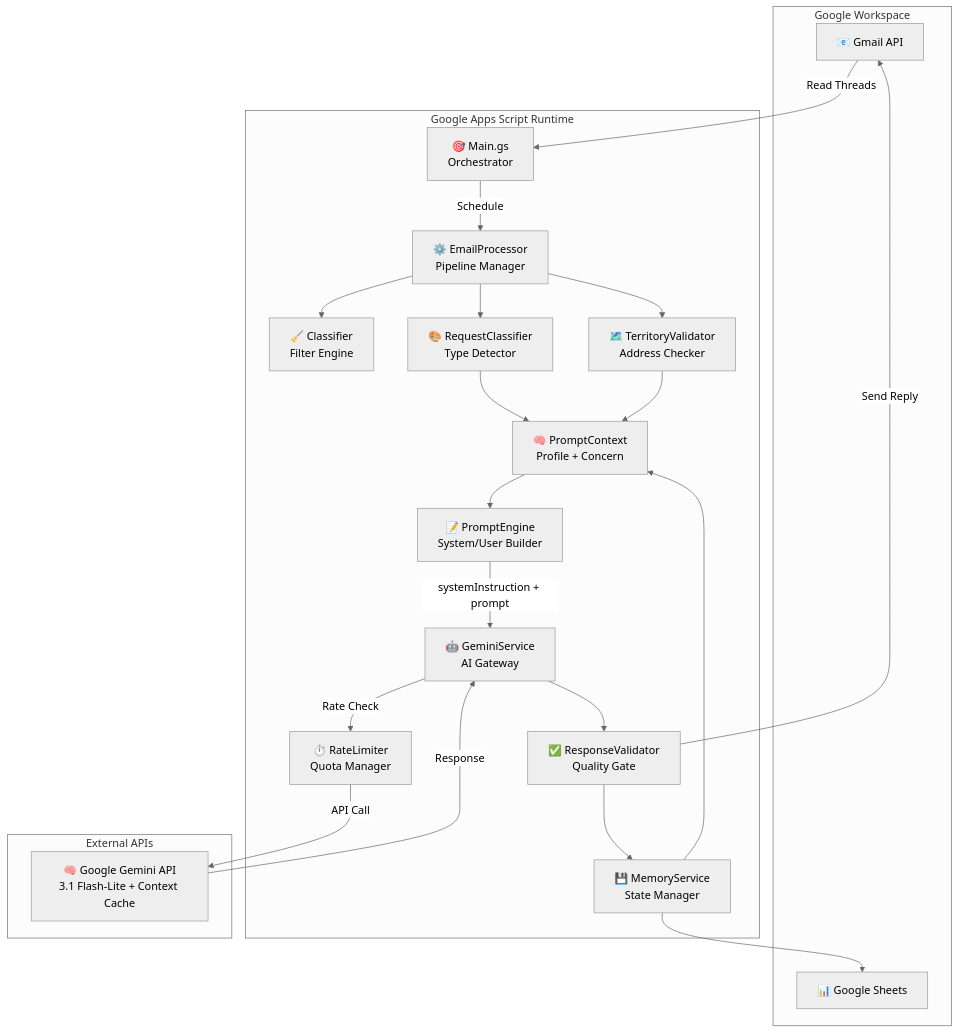
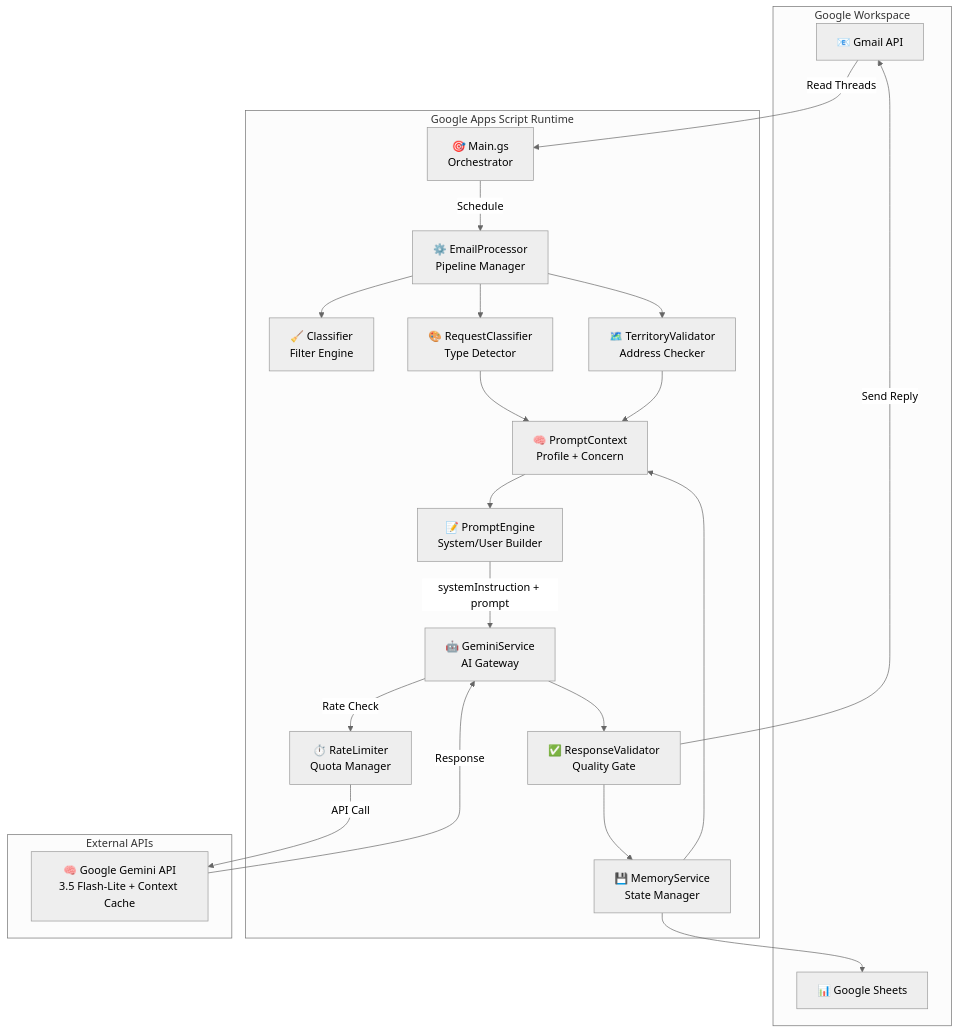
Before and after one commit to rasanfil-source/segreteria: the first of 9 diagrams in docs/ARCHITECTURE_DIAGRAMS_IT.md, drawn with Mermaid (neutral theme). The commit also changed other lines of this file and 37 other files, not shown here.

````diff
--- a/docs/ARCHITECTURE_DIAGRAMS_IT.md
+++ b/docs/ARCHITECTURE_DIAGRAMS_IT.md
@@ -11,43 +13,43 @@
 ```mermaid
 graph TB
     subgraph "Google Workspace"
         Gmail["📧 Gmail API"]
         Sheets["📊 Google Sheets"]
     end
     
     subgraph "Google Apps Script Runtime"
         Main["🎯 Main.gs<br/>Orchestrator"]
         Proc["⚙️ EmailProcessor<br/>Pipeline Manager"]
         Class["🧹 Classifier<br/>Filter Engine"]
         ReqClass["🎨 RequestClassifier<br/>Type Detector"]
         Gemini["🤖 GeminiService<br/>AI Gateway"]
         Valid["✅ ResponseValidator<br/>Quality Gate"]
         Memory["💾 MemoryService<br/>State Manager"]
         Rate["⏱️ RateLimiter<br/>Quota Manager"]
         PContext["🧠 PromptContext<br/>Profile + Concern"]
         Prompt["📝 PromptEngine<br/>System/User Builder"]
         Territory["🗺️ TerritoryValidator<br/>Address Checker"]
     end
     
     subgraph "External APIs"
-        GeminiAPI["🧠 Google Gemini API<br/>3.1 Flash-Lite + Context Cache"]
+        GeminiAPI["🧠 Google Gemini API<br/>3.5 Flash-Lite + Context Cache"]
     end
     
     Gmail -->|Read Threads| Main
     Main -->|Schedule| Proc
     Proc --> Class
     Proc --> ReqClass
     Proc --> Territory
     ReqClass --> PContext
     Territory --> PContext
     Memory --> PContext
     PContext --> Prompt
     Prompt -->|systemInstruction + prompt| Gemini
     Gemini -->|Rate Check| Rate
     Rate -->|API Call| GeminiAPI
     GeminiAPI -->|Response| Gemini
     Gemini --> Valid
     Valid --> Memory
     Memory --> Sheets
     Valid -->|Send Reply| Gmail
 ```
````
